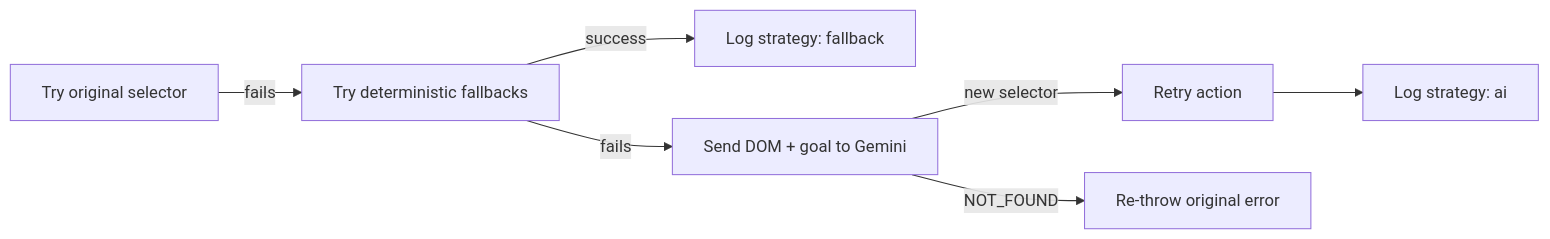
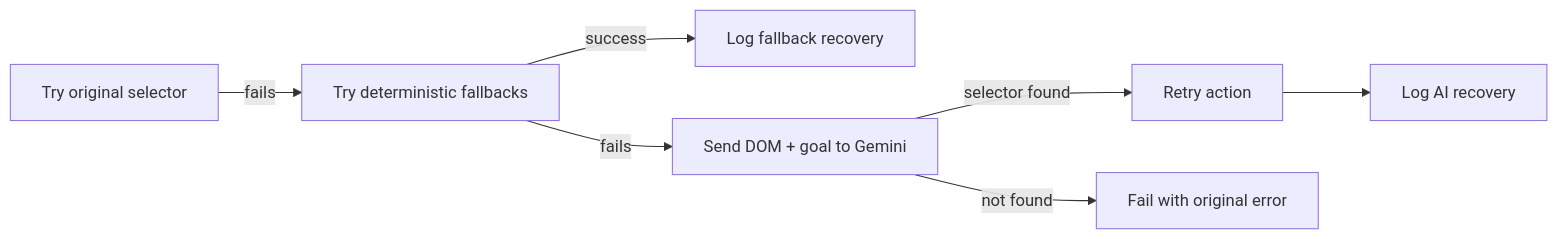
One commit to avanvaghani/ai-self-healing-playwright changed the diagram in README.md. Above: the diagram before and after it, drawn with Mermaid. The commit also changed other lines of this file and 22 other files, not shown here.

````diff
--- a/README.md
+++ b/README.md
@@ -22,9 +47,9 @@
 ```mermaid
 flowchart LR
   A[Try original selector] -->|fails| B[Try deterministic fallbacks]
-  B -->|success| L[Log strategy: fallback]
-  B -->|fails| C[Send DOM + goal to Gemini]
-  C -->|new selector| D[Retry action]
-  D --> L2[Log strategy: ai]
-  C -->|NOT_FOUND| E[Re-throw original error]
+  B -->|success| C[Log fallback recovery]
+  B -->|fails| D[Send DOM + goal to Gemini]
+  D -->|selector found| E[Retry action]
+  E --> F[Log AI recovery]
+  D -->|not found| G[Fail with original error]
 ```
````
